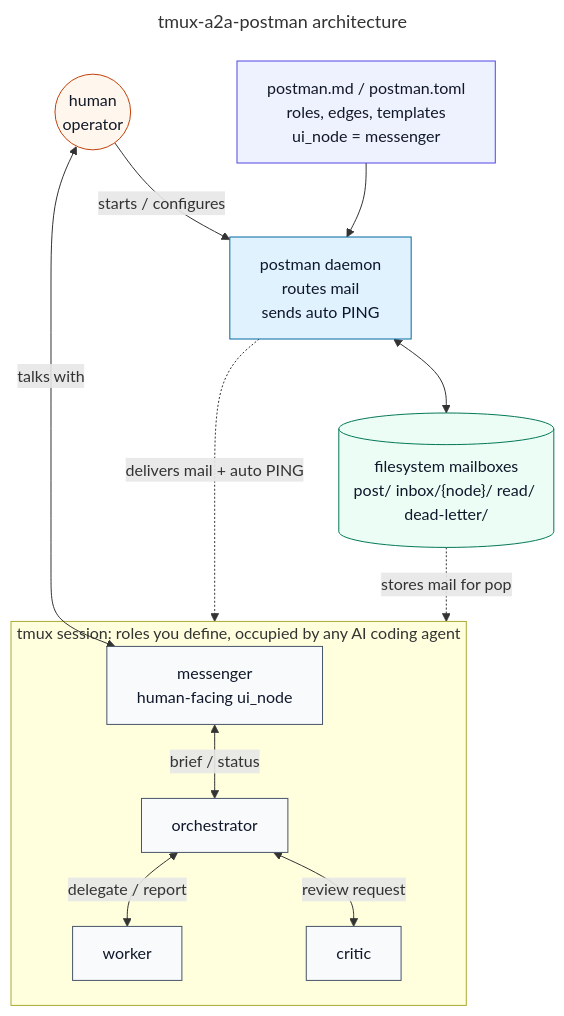
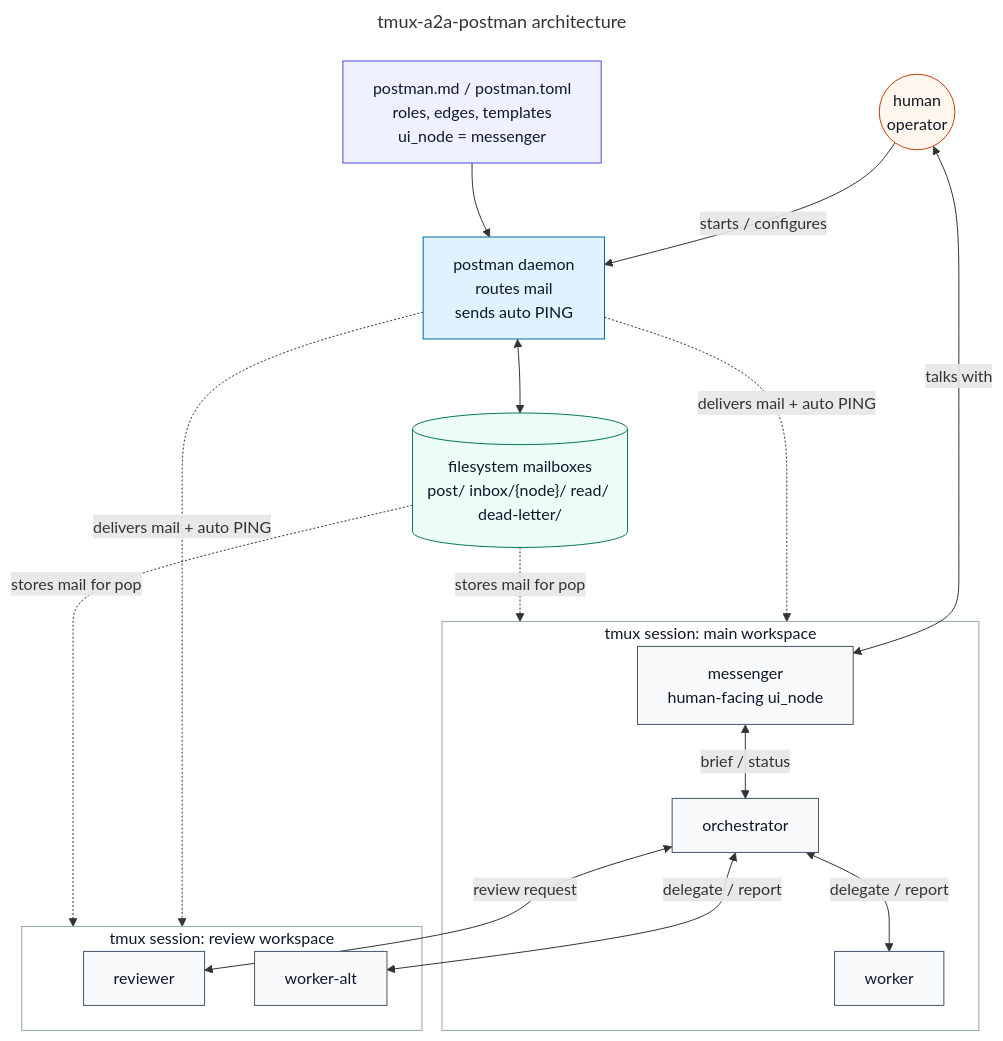
One commit to i9wa4/tmux-a2a-postman changed the first of 2 diagrams in README.md. Above: the diagram before and after it, drawn with Mermaid. The commit also changed other lines of this file, not shown here.

Commit message:
docs: clarify readme architecture examples

````diff
--- a/README.md
+++ b/README.md
@@ -17,39 +17,48 @@
 ```mermaid
 ---
 title: tmux-a2a-postman architecture
 ---
 graph TD
     operator((human\noperator))
     config["postman.md / postman.toml\nroles, edges, templates\nui_node = messenger"]
     daemon["postman daemon\nroutes mail\nsends auto PING"]
     mailbox[("filesystem mailboxes\npost/ inbox/{node}/ read/ dead-letter/")]
 
-    subgraph tmux["tmux session: roles you define, occupied by any AI coding agent"]
+    subgraph session_main["tmux session: main workspace"]
         messenger["messenger\nhuman-facing ui_node"]
         orchestrator["orchestrator"]
         worker["worker"]
-        critic["critic"]
+    end
+
+    subgraph session_review["tmux session: review workspace"]
+        reviewer["reviewer"]
+        worker_alt["worker-alt"]
     end
 
     operator --> |starts / configures| daemon
     operator <--> |talks with| messenger
     config --> daemon
     messenger <--> |brief / status| orchestrator
     orchestrator <--> |delegate / report| worker
-    orchestrator <--> |review request| critic
+    orchestrator <--> |delegate / report| worker_alt
+    orchestrator <--> |review request| reviewer
     daemon <--> mailbox
-    daemon -.->|delivers mail + auto PING| tmux
-    mailbox -.->|stores mail for pop| tmux
+    daemon -.->|delivers mail + auto PING| session_main
+    daemon -.->|delivers mail + auto PING| session_review
+    mailbox -.->|stores mail for pop| session_main
+    mailbox -.->|stores mail for pop| session_review
 
     classDef operatorType fill:#fff7ed,stroke:#c2410c,color:#111827
     classDef configType fill:#eef2ff,stroke:#4f46e5,color:#111827
     classDef daemonType fill:#e0f2fe,stroke:#0369a1,color:#0f172a
     classDef storageType fill:#ecfdf5,stroke:#047857,color:#0f172a
     classDef agentType fill:#f8fafc,stroke:#475569,color:#0f172a
 
     class operator operatorType
     class config configType
     class daemon daemonType
     class mailbox storageType
-    class messenger,orchestrator,worker,critic agentType
+    class messenger,orchestrator,worker,reviewer,worker_alt agentType
+    style session_main fill:#ffffff,stroke:#94a3b8,color:#0f172a
+    style session_review fill:#ffffff,stroke:#94a3b8,color:#0f172a
 ```
````
